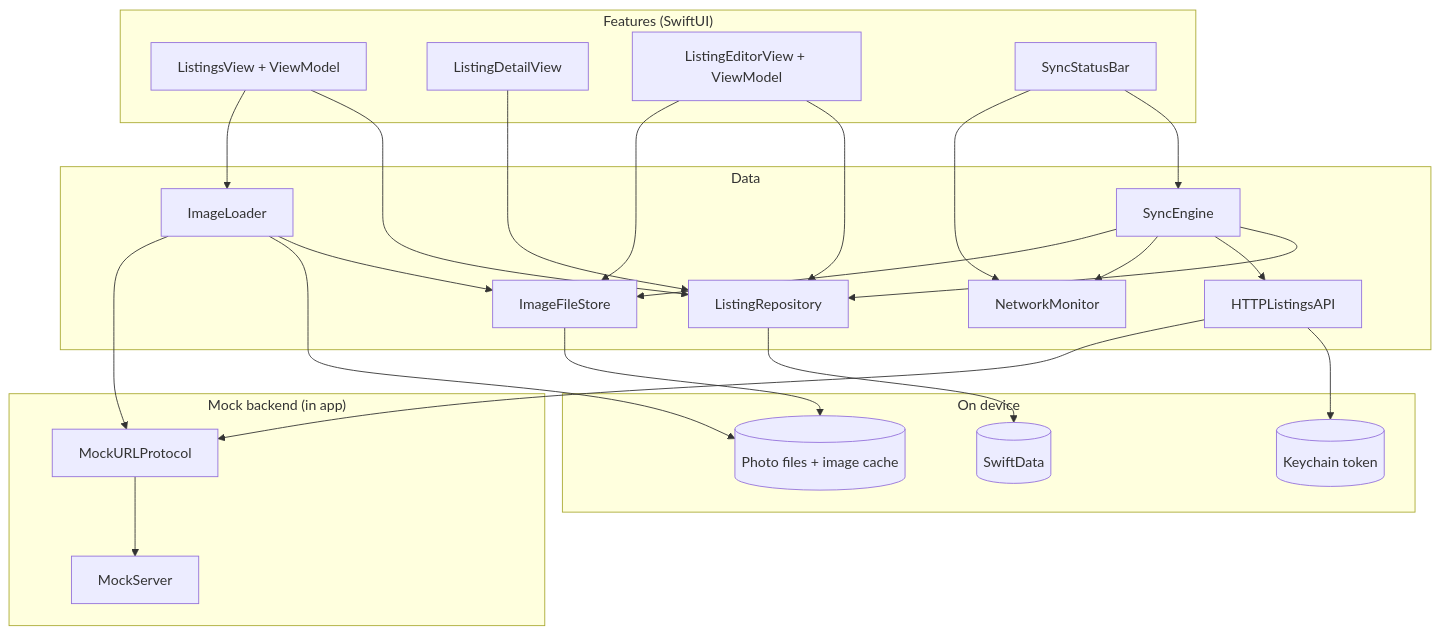
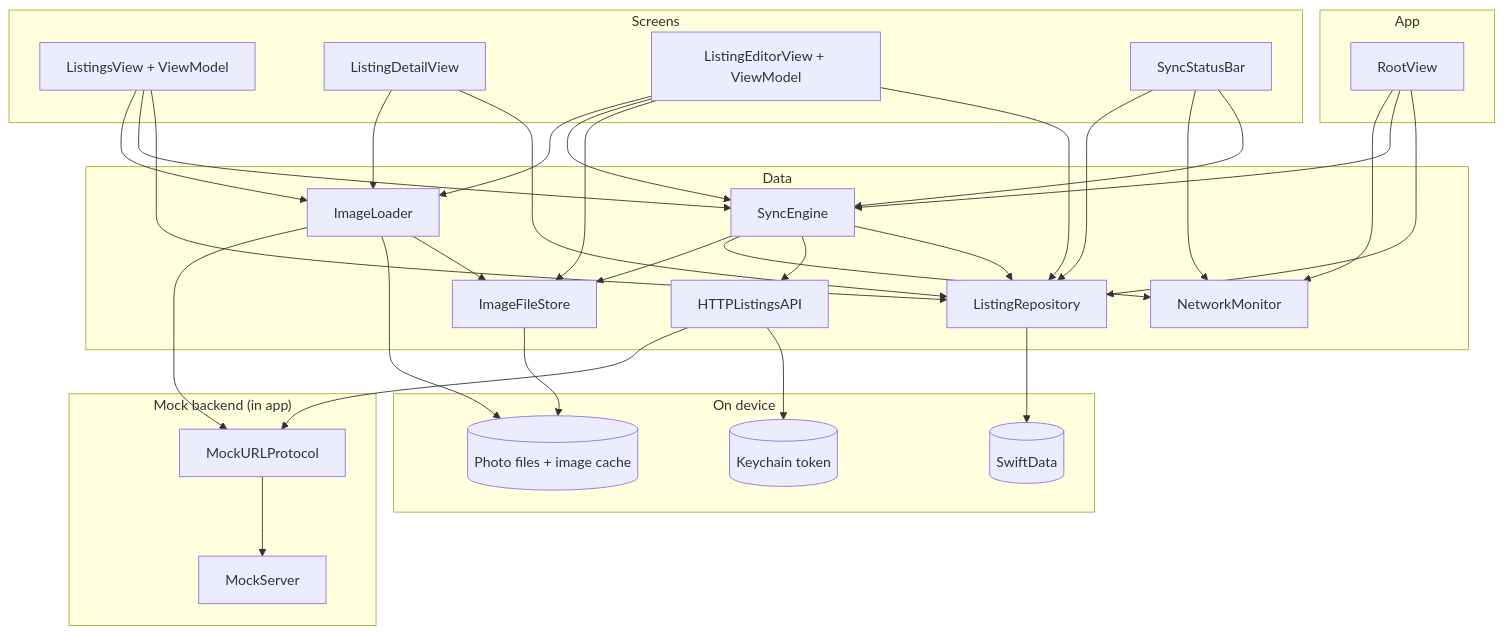
The first of 3 diagrams in docs/ARCHITECTURE.md (vikasjhd/MarketPlace), drawn with Mermaid before and after one commit. The commit also changed other lines of this file and 2 other files, not shown here.

````diff
--- a/docs/ARCHITECTURE.md
+++ b/docs/ARCHITECTURE.md
@@ -25,50 +25,63 @@
 ```mermaid
 flowchart TD
-    subgraph UI["Features (SwiftUI)"]
+    subgraph App
+        Root[RootView]
+    end
+
+    subgraph UI["Screens"]
         LV[ListingsView + ViewModel]
         DV[ListingDetailView]
         EV[ListingEditorView + ViewModel]
         SB[SyncStatusBar]
     end
 
     subgraph Data
         Repo[ListingRepository]
         Sync[SyncEngine]
         Net[NetworkMonitor]
         Files[ImageFileStore]
         Loader[ImageLoader]
         API[HTTPListingsAPI]
     end
 
     subgraph Storage["On device"]
         DB[(SwiftData)]
         Disk[(Photo files + image cache)]
         KC[(Keychain token)]
     end
 
     subgraph Mock["Mock backend (in app)"]
         Proto[MockURLProtocol]
         Server[MockServer]
     end
 
+    Root --> Repo
+    Root --> Sync
+    Root --> Net
+
     LV --> Repo
+    LV --> Sync
+    LV --> Loader
     DV --> Repo
+    DV --> Loader
     EV --> Repo
     EV --> Files
-    LV --> Loader
+    EV --> Sync
+    EV --> Loader
     SB --> Sync
     SB --> Net
+    SB --> Repo
 
     Sync --> Repo
     Sync --> API
     Sync --> Net
     Sync --> Files
     Repo --> DB
     Files --> Disk
     Loader --> Files
     Loader --> Disk
     Loader --> Proto
     API --> KC
     API --> Proto
     Proto --> Server
 ```
````
